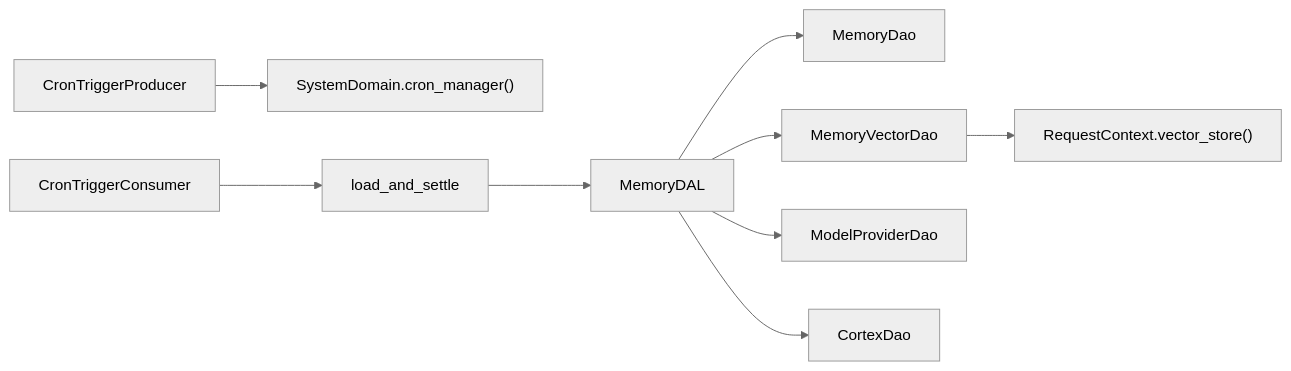
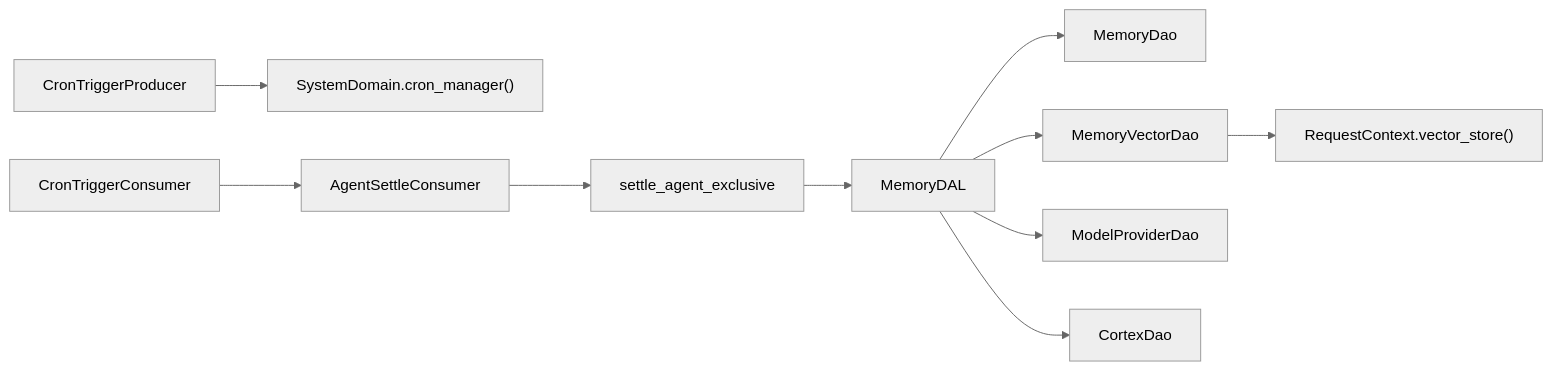
The seventh of 7 diagrams in docs/wiki/zh/content/项目概述/核心功能特性/四层记忆系统/记忆沉淀机制.md (runningcoders/ai_orz), drawn with Mermaid (neutral theme) before and after one commit. The commit also changed other lines of this file and 2 other files, not shown here.

Commit message:
docs(wiki): 记忆沉淀机制/调度器消费者/沉淀知识卡 — 对齐 agent_settle 事件化

````diff
--- a/docs/wiki/zh/content/项目概述/核心功能特性/四层记忆系统/记忆沉淀机制.md
+++ b/docs/wiki/zh/content/项目概述/核心功能特性/四层记忆系统/记忆沉淀机制.md
@@ -309,11 +315,12 @@
 ```mermaid
 graph LR
 P["CronTriggerProducer"] --> CM["SystemDomain.cron_manager()"]
-C["CronTriggerConsumer"] --> LS["load_and_settle"]
+C["CronTriggerConsumer"] --> AS["AgentSettleConsumer"]
+AS --> LS["settle_agent_exclusive"]
 LS --> MDAL["MemoryDAL"]
 MDAL --> MDAO["MemoryDao"]
 MDAL --> MVDAO["MemoryVectorDao"]
 MDAL --> MPDAO["ModelProviderDao"]
 MDAL --> CXDAO["CortexDao"]
 MVDAO --> VS["RequestContext.vector_store()"]
 ```
````
